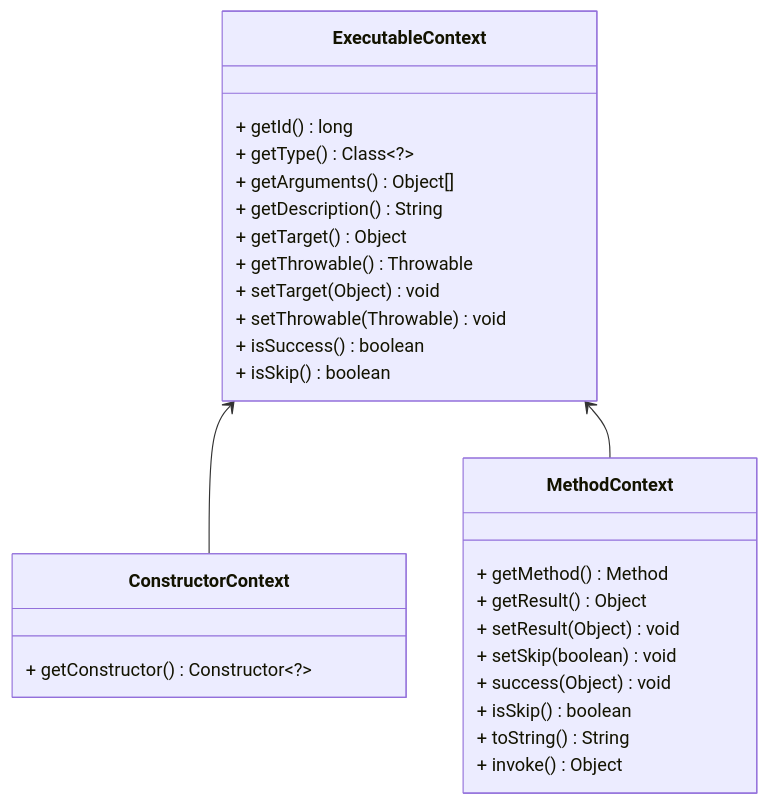
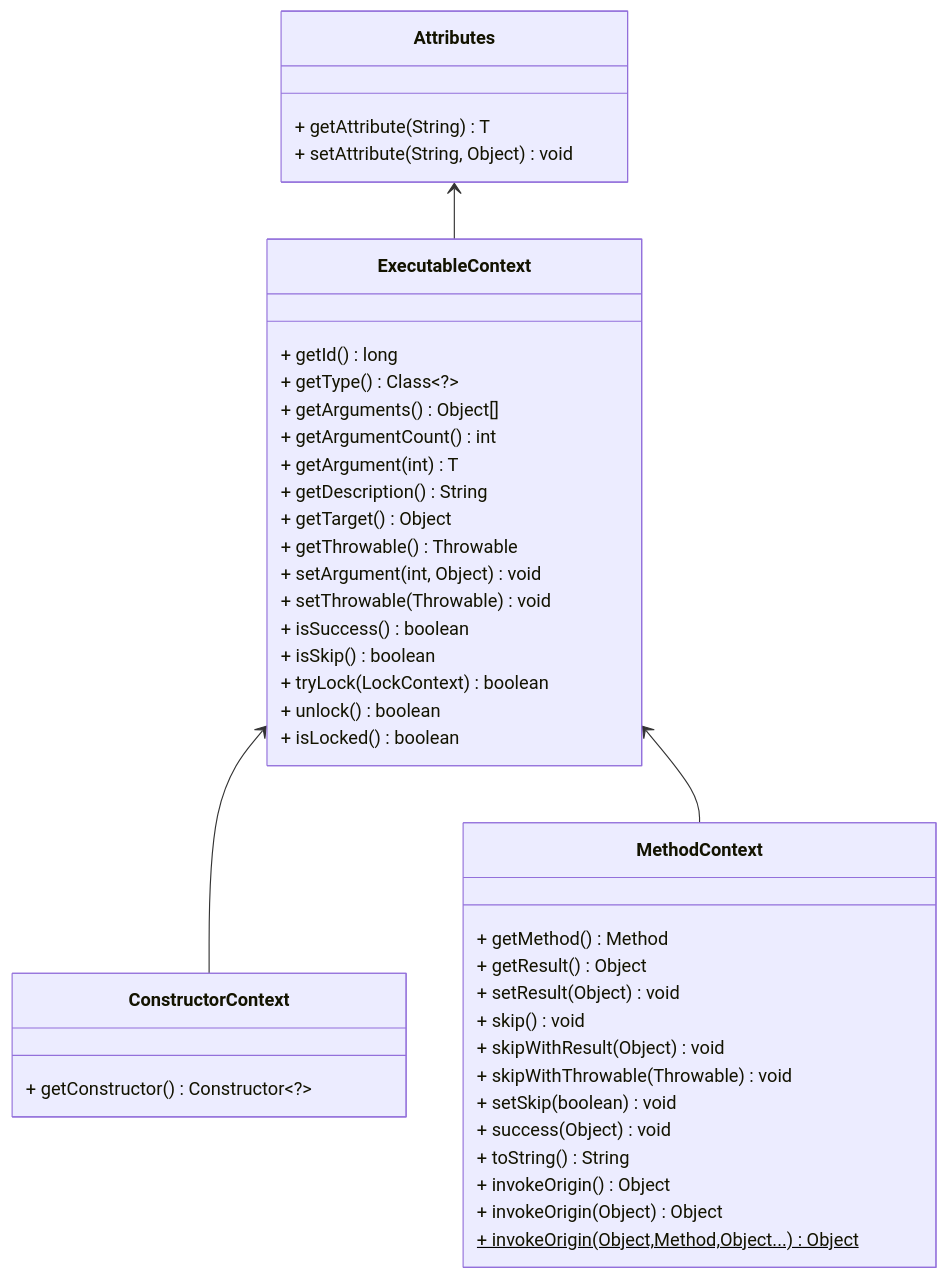
One commit to jd-opensource/joylive-agent changed the diagram in docs/cn/plugin.md. Above: the diagram before and after it, drawn with Mermaid. The commit also changed other lines of this file and 2 other files, not shown here.

Commit message:
Update plugin doc

````diff
--- a/docs/cn/plugin.md
+++ b/docs/cn/plugin.md
@@ -74,32 +74,46 @@
 ```mermaid
 classDiagram
-direction BT
-class ConstructorContext {
-  + getConstructor() Constructor~?~
-}
-class ExecutableContext {
-  + getId() long
-  + getType() Class~?~
-  + getArguments() Object[]
-  + getDescription() String
-  + getTarget() Object
-  + getThrowable() Throwable
-  + setTarget(Object) void
-  + setThrowable(Throwable) void
-  + isSuccess() boolean
-  + isSkip() boolean
-}
-class MethodContext {
-  + getMethod() Method
-  + getResult() Object
-  + setResult(Object) void
-  + setSkip(boolean) void
-  + success(Object) void
-  + isSkip() boolean
-  + toString() String
-  + invoke() Object
-}
+    direction BT
+    class Attributes {
+        + getAttribute(String) T
+        + setAttribute(String, Object) void
+    }
+    class ConstructorContext {
+        + getConstructor() Constructor~?~
+    }
+    class ExecutableContext {
+        + getId() long
+        + getType() Class~?~
+        + getArguments() Object[]
+        + getArgumentCount() int
+        + getArgument(int) T
+        + getDescription() String
+        + getTarget() Object
+        + getThrowable() Throwable
+        + setArgument(int, Object) void
+        + setThrowable(Throwable) void
+        + isSuccess() boolean
+        + isSkip() boolean
+        + tryLock(LockContext) boolean
+        + unlock() boolean
+        + isLocked() boolean
+    }
+    class MethodContext {
+        + getMethod() Method
+        + getResult() Object
+        + setResult(Object) void
+        + skip() void
+        + skipWithResult(Object) void
+        + skipWithThrowable(Throwable) void
+        + setSkip(boolean) void
+        + success(Object) void
+        + toString() String
+        + invokeOrigin() Object
+        + invokeOrigin(Object) Object
+        + invokeOrigin(Object,Method,Object...)$ Object
+    }
 
-ConstructorContext  -->  ExecutableContext 
-MethodContext  -->  ExecutableContext
+    ExecutableContext --> Attributes
+    ConstructorContext --> ExecutableContext
+    MethodContext --> ExecutableContext
 ```
````
